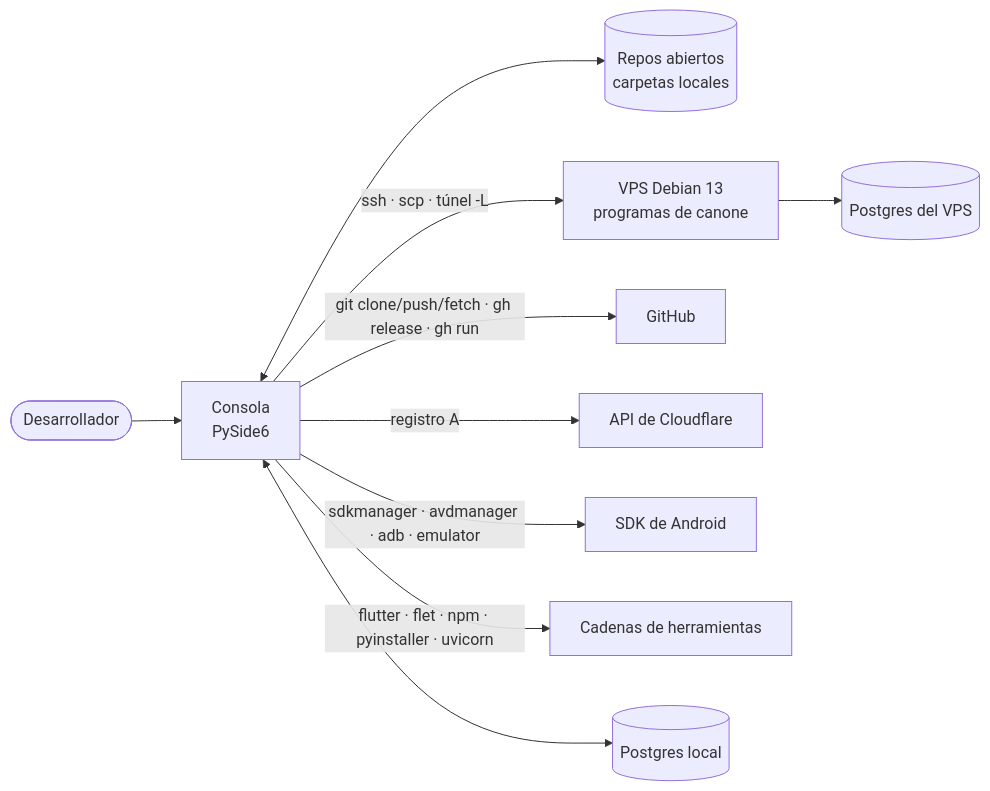
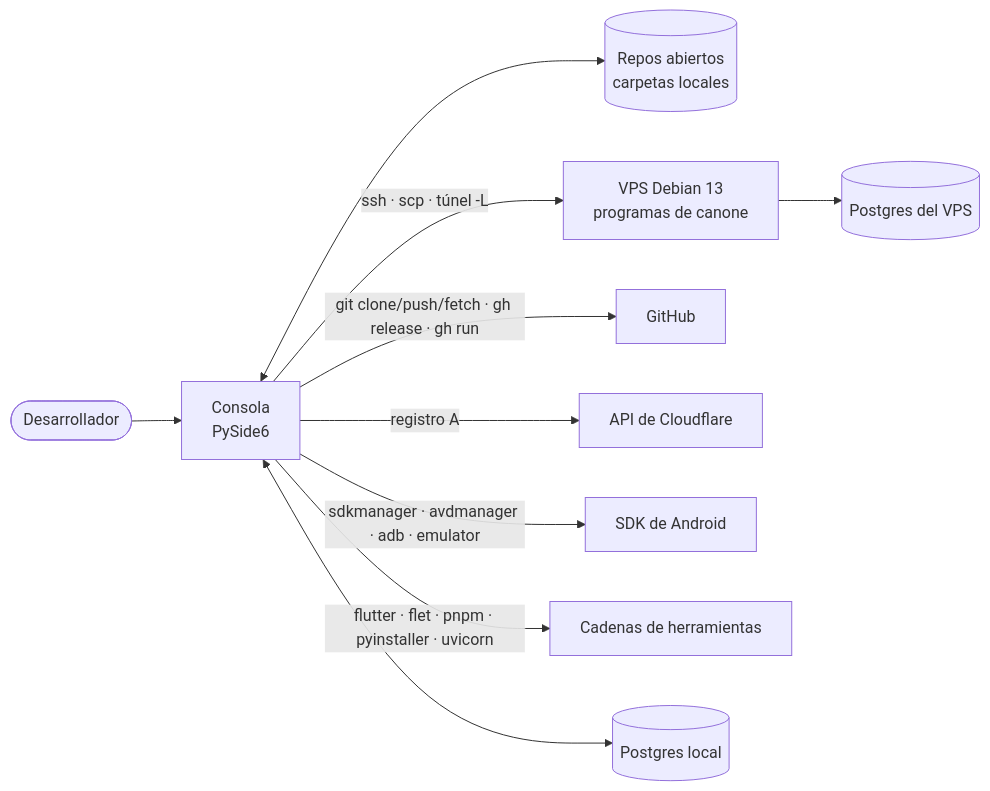
The diagram in docs/arquitectura/01_contexto.md (equipaggioe/consola), drawn with Mermaid before and after one commit. The commit also changed other lines of this file and 283 other files, not shown here.

````diff
--- a/docs/arquitectura/01_contexto.md
+++ b/docs/arquitectura/01_contexto.md
@@ -39,12 +39,12 @@
 ```mermaid
 flowchart LR
     U([Desarrollador]) --> C[Consola<br/>PySide6]
     C <--> REPO[(Repos abiertos<br/>carpetas locales)]
     C -- "ssh · scp · túnel -L" --> VPS[VPS Debian 13<br/>programas de canone]
     VPS --> PG[(Postgres del VPS)]
     C -- "git clone/push/fetch · gh release · gh run" --> GH[GitHub]
     C -- "registro A" --> CF[API de Cloudflare]
     C -- "sdkmanager · avdmanager · adb · emulator" --> SDK[SDK de Android]
-    C -- "flutter · flet · npm · pyinstaller · uvicorn" --> TOOLS[Cadenas de herramientas]
+    C -- "flutter · flet · pnpm · pyinstaller · uvicorn" --> TOOLS[Cadenas de herramientas]
     C <--> PGL[(Postgres local)]
 ```
````
